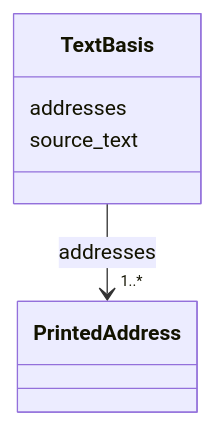
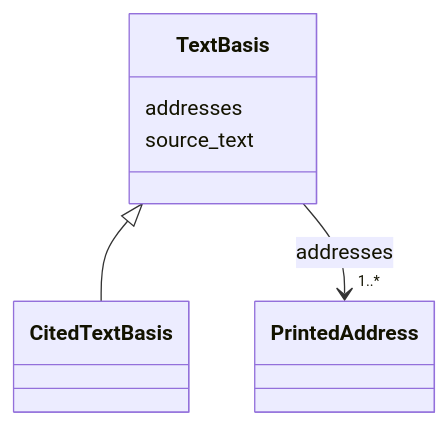
Before and after one commit to dsmedia/pruzhany-schema: the diagram in linkml/generated/docs/content_items/TextBasis.md, drawn with Mermaid. The commit also changed other lines of this file and 581 other files, not shown here.

````diff
--- a/linkml/generated/docs/content_items/TextBasis.md
+++ b/linkml/generated/docs/content_items/TextBasis.md
@@ -23,19 +23,22 @@
 ```mermaid
  classDiagram
     class TextBasis
     click TextBasis href "../TextBasis/"
+      TextBasis <|-- CitedTextBasis
+        click CitedTextBasis href "../CitedTextBasis/"
+      
       TextBasis : addresses
         
           
     
         
         
         TextBasis --> "1..*" PrintedAddress : addresses
         click PrintedAddress href "../PrintedAddress/"
     
 
         
       TextBasis : source_text
         
       
 ```
````
